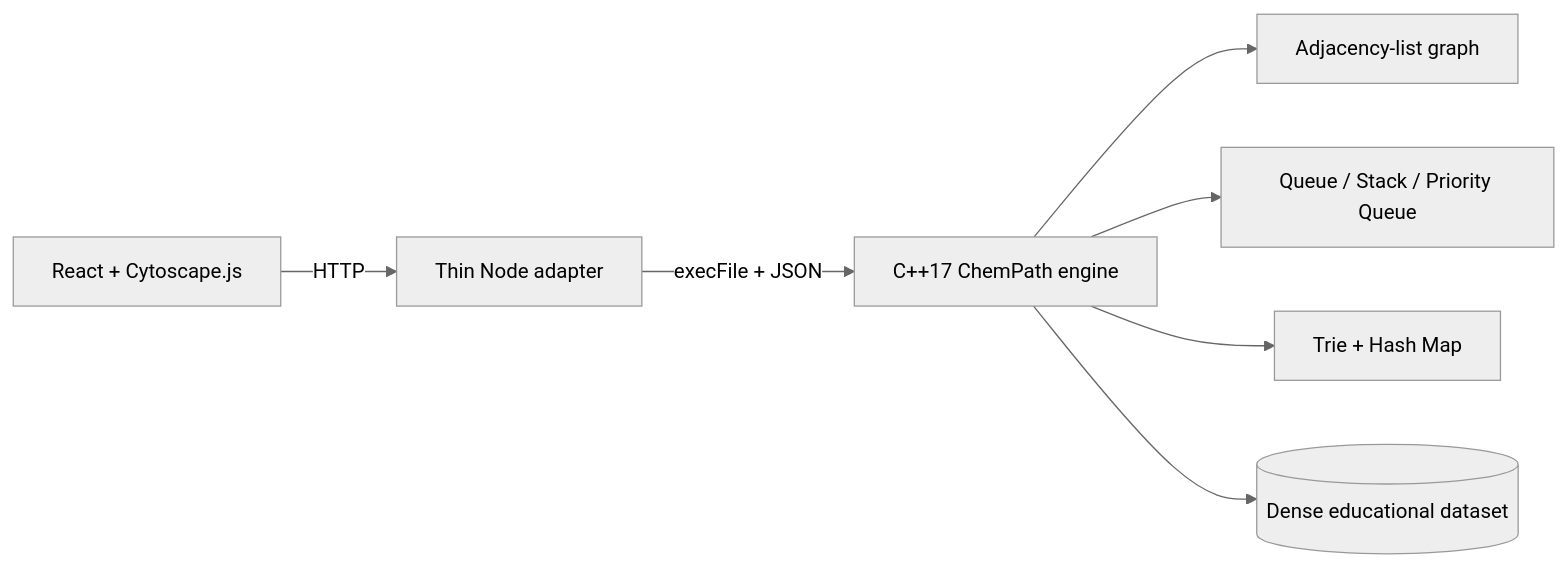
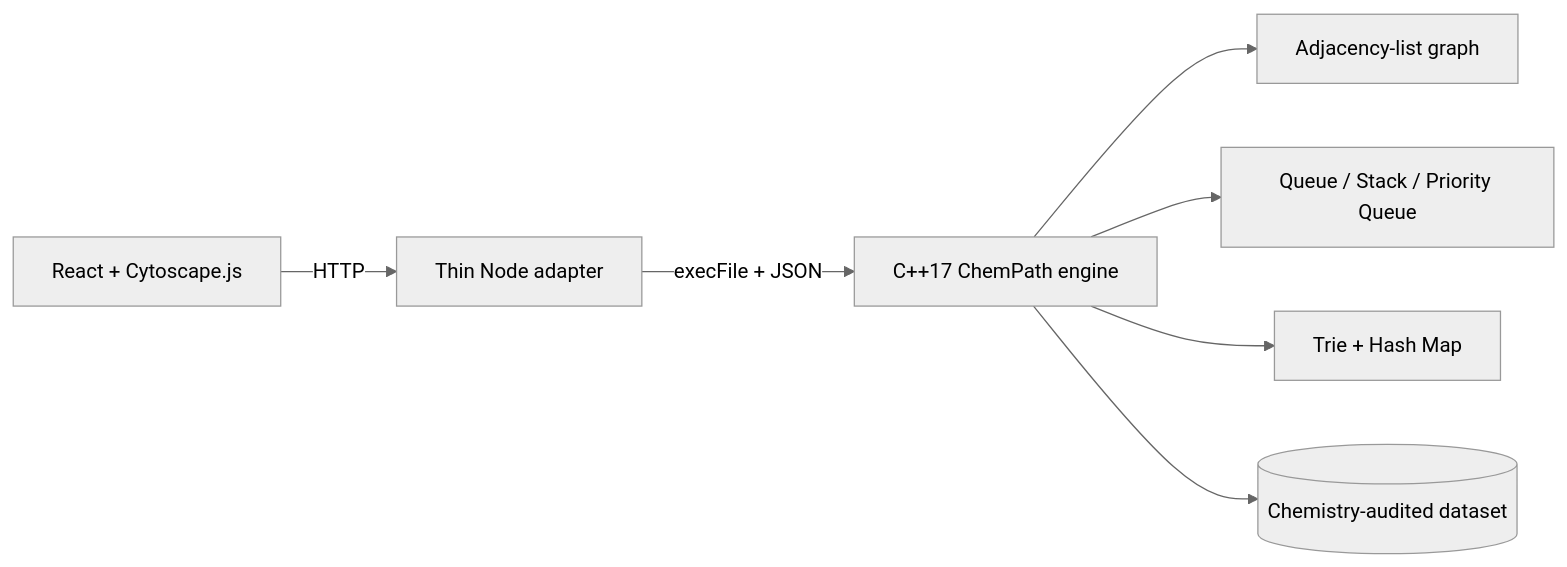
The diagram in README.md (parthdongre/ChemPath), drawn with Mermaid (neutral theme) before and after one commit. The commit also changed other lines of this file and 12 other files, not shown here.

First line of the commit message:
Audit and correct ChemPath chemistry dataset

````diff
--- a/README.md
+++ b/README.md
@@ -43,9 +69,9 @@
-```mermaid
+~~~mermaid
 flowchart LR
     UI[React + Cytoscape.js] -->|HTTP| API[Thin Node adapter]
     API -->|execFile + JSON| CPP[C++17 ChemPath engine]
     CPP --> G[Adjacency-list graph]
     CPP --> Q[Queue / Stack / Priority Queue]
     CPP --> T[Trie + Hash Map]
-    CPP --> D[(Dense educational dataset)]
-```
+    CPP --> D[(Chemistry-audited dataset)]
+~~~
````
